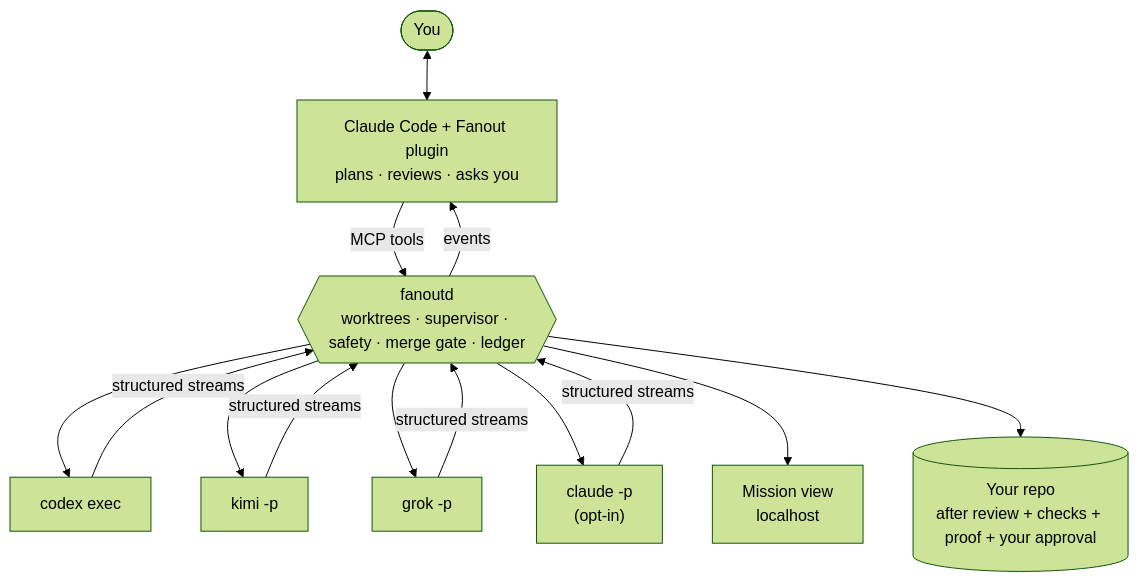
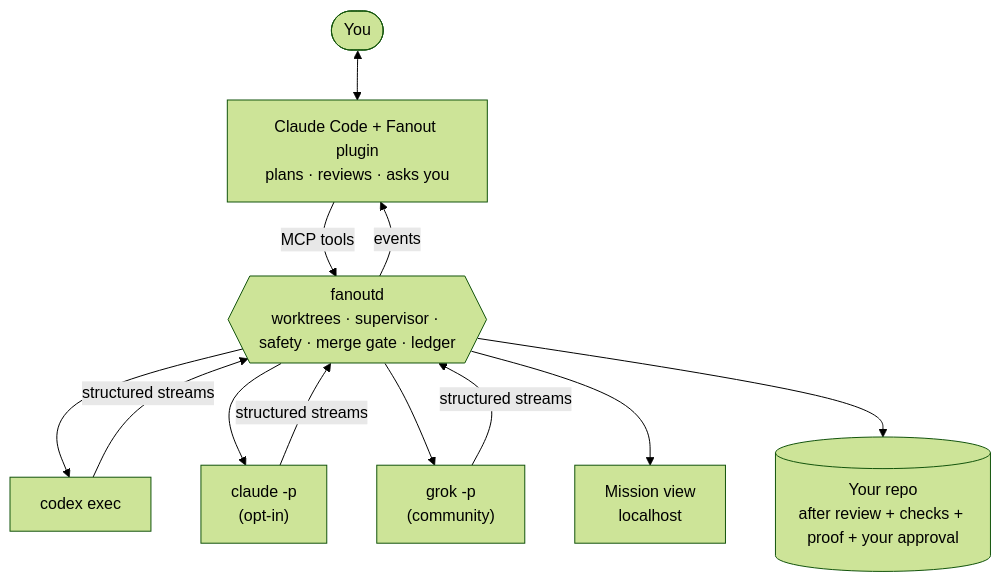
One commit to elberacasa/fanout changed the diagram in README.md. Above: the diagram before and after it, drawn with Mermaid (forest theme). The commit also changed other lines of this file and 7 other files, not shown here.

````diff
--- a/README.md
+++ b/README.md
@@ -41,10 +46,10 @@
 ```mermaid
 flowchart TB
     U([You]) <--> L["Claude Code + Fanout plugin<br/>plans · reviews · asks you"]
     L -- "MCP tools" --> D{{"fanoutd<br/>worktrees · supervisor · safety · merge gate · ledger"}}
     D -- "events" --> L
-    D --> S1["codex exec"] & S2["kimi -p"] & S3["grok -p"] & S4["claude -p<br/>(opt-in)"]
-    S1 & S2 & S3 & S4 -- "structured streams" --> D
+    D --> S1["codex exec"] & S4["claude -p<br/>(opt-in)"] & S3["grok -p<br/>(community)"]
+    S1 & S3 & S4 -- "structured streams" --> D
     D --> V["Mission view<br/>localhost"]
     D --> R[("Your repo<br/>after review + checks + proof + your approval")]
 ```
````
